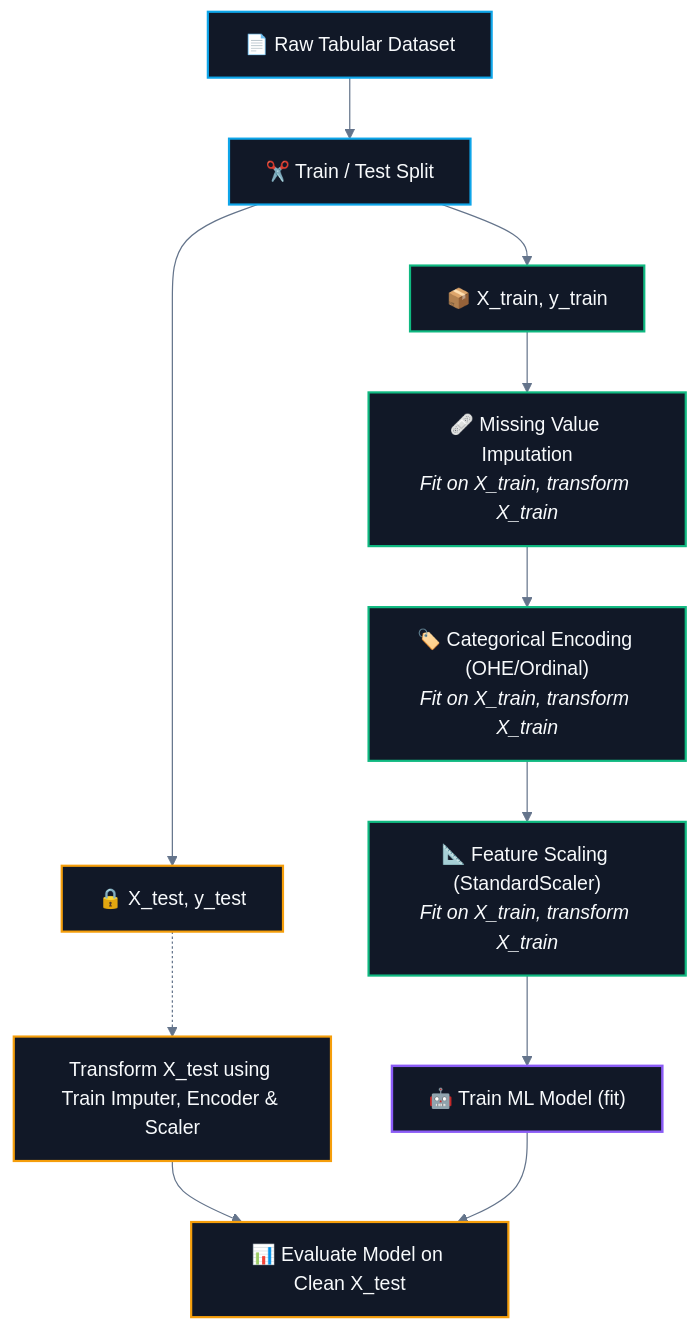
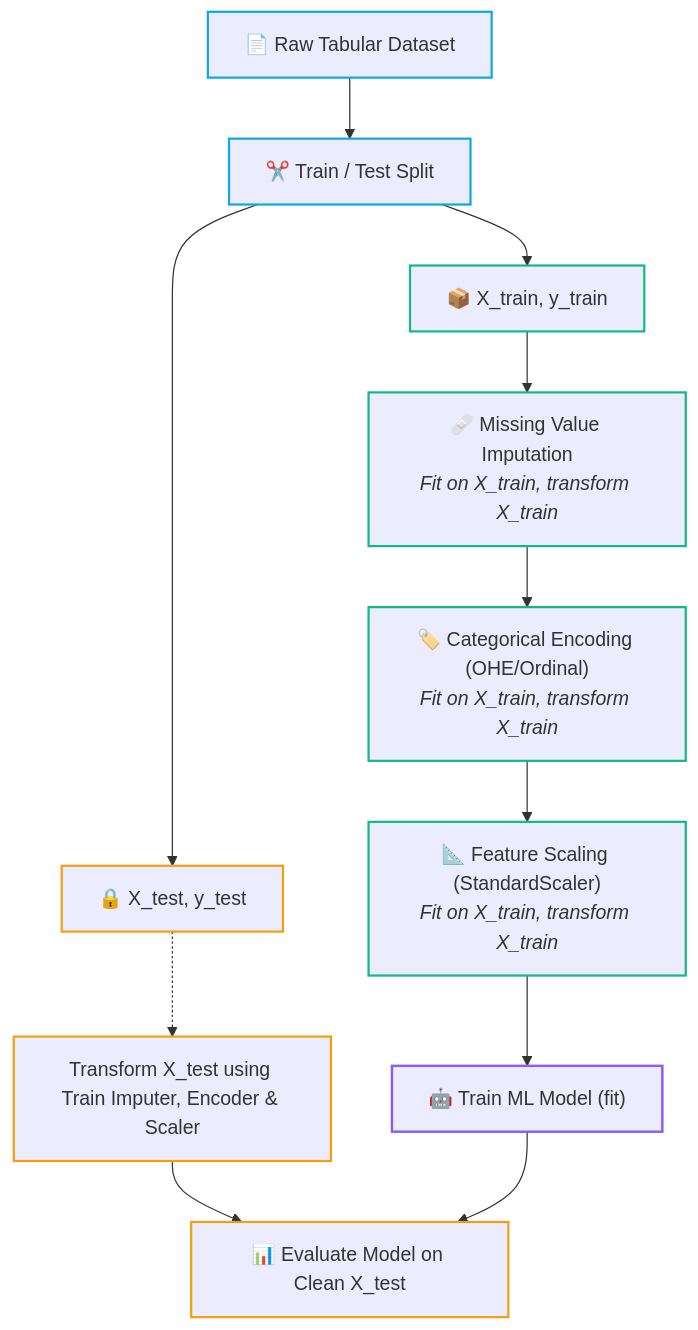
Before and after one commit to abhinavbharti2345/CS_Notes: the diagram in CS/AI & ML/02. Data Preprocessing/00. Data Preprocessing Core.md, drawn with Mermaid. The commit also changed 91 other files, not shown here.

````diff
--- a/CS/AI & ML/02. Data Preprocessing/00. Data Preprocessing Core.md
+++ b/CS/AI & ML/02. Data Preprocessing/00. Data Preprocessing Core.md
@@ -58,27 +58,26 @@
 ```mermaid
-%%{init: {'theme': 'base', 'themeVariables': { 'darkMode': true, 'background': '#0B0F14', 'mainBkg': '#111827', 'primaryColor': '#111827', 'primaryTextColor': '#F8FAFC', 'primaryBorderColor': '#38BDF8', 'lineColor': '#64748B', 'secondaryColor': '#0B0F14', 'tertiaryColor': '#0B0F14', 'clusterBkg': '#0B0F14', 'clusterBorder': '#38BDF8' }}}%%
 flowchart TD
     Raw["📄 Raw Tabular Dataset"] --> Split["✂️ Train / Test Split"]
     
     Split --> Train["📦 X_train, y_train"]
     Split --> Test["🔒 X_test, y_test"]
     
     Train --> Impute["🩹 Missing Value Imputation<br/><i>Fit on X_train, transform X_train</i>"]
     Impute --> CatEnc["🏷️ Categorical Encoding (OHE/Ordinal)<br/><i>Fit on X_train, transform X_train</i>"]
     CatEnc --> Scale["📐 Feature Scaling (StandardScaler)<br/><i>Fit on X_train, transform X_train</i>"]
     
     Scale --> Model["🤖 Train ML Model (fit)"]
     
     Test -.-> TestTrans["Transform X_test using Train Imputer, Encoder & Scaler"]
     TestTrans --> Eval["📊 Evaluate Model on Clean X_test"]
     Model --> Eval
 
-    classDef step fill:#111827,stroke:#0ea5e9,stroke-width:1.8px,color:#F8FAFC;
-    classDef train fill:#111827,stroke:#10b981,stroke-width:1.8px,color:#F8FAFC;
-    classDef test fill:#111827,stroke:#f59e0b,stroke-width:1.8px,color:#F8FAFC;
-    classDef model fill:#111827,stroke:#8b5cf6,stroke-width:2px,color:#F8FAFC;
+    classDef step stroke:#0ea5e9,stroke-width:1.8px;
+    classDef train stroke:#10b981,stroke-width:1.8px;
+    classDef test stroke:#f59e0b,stroke-width:1.8px;
+    classDef model stroke:#8b5cf6,stroke-width:2px;
     class Raw,Split step;
     class Train,Impute,CatEnc,Scale train;
     class Test,TestTrans,Eval test;
     class Model model;
 ```
````
